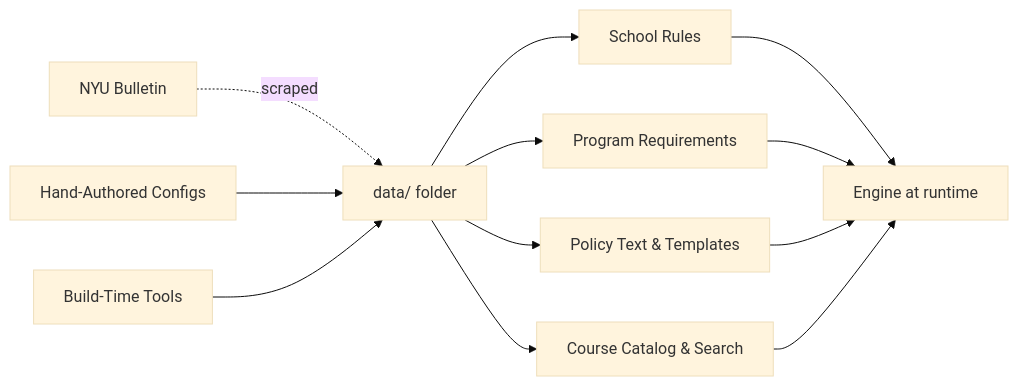
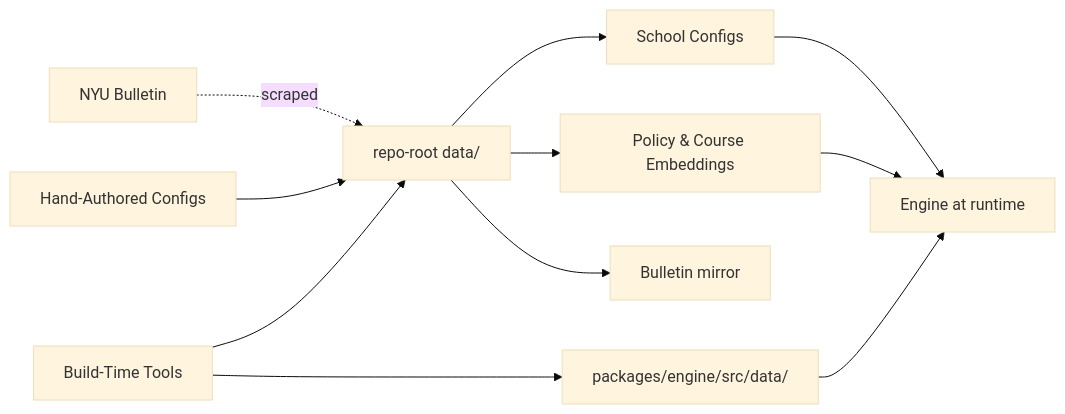
Before and after one commit to EdoardoMongardi/NYU_Path: the first of 2 diagrams in Docs/current-system/surrounding/data-directory.md, drawn with Mermaid (base theme). The commit also changed other lines of this file and 73 other files, not shown here.

````diff
--- a/Docs/current-system/surrounding/data-directory.md
+++ b/Docs/current-system/surrounding/data-directory.md
@@ -7,14 +11,13 @@
 ```mermaid
 flowchart LR
-    BULL[NYU Bulletin] -.scraped.-> DATA[data/ folder]
+    BULL[NYU Bulletin] -.scraped.-> DATA[repo-root data/]
     HUMAN[Hand-Authored Configs] --> DATA
     TOOLS[Build-Time Tools] --> DATA
-    DATA --> SCHOOLS[School Rules]
-    DATA --> PROGRAMS[Program Requirements]
-    DATA --> POLICY[Policy Text & Templates]
-    DATA --> COURSES[Course Catalog & Search]
+    TOOLS --> ENGDATA[packages/engine/src/data/]
+    DATA --> SCHOOLS[School Configs]
+    DATA --> POLICY[Policy & Course Embeddings]
+    DATA --> COURSES[Bulletin mirror]
     SCHOOLS --> ENG[Engine at runtime]
-    PROGRAMS --> ENG
     POLICY --> ENG
-    COURSES --> ENG
+    ENGDATA --> ENG
 ```
````
